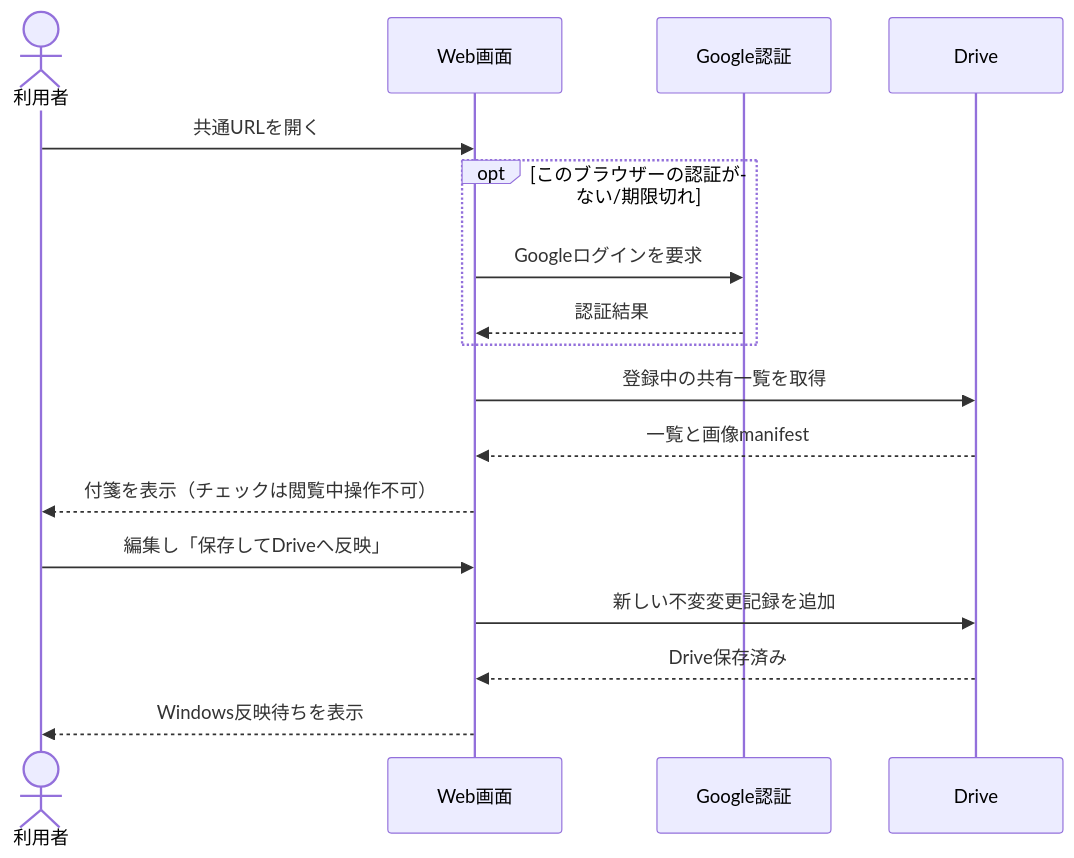
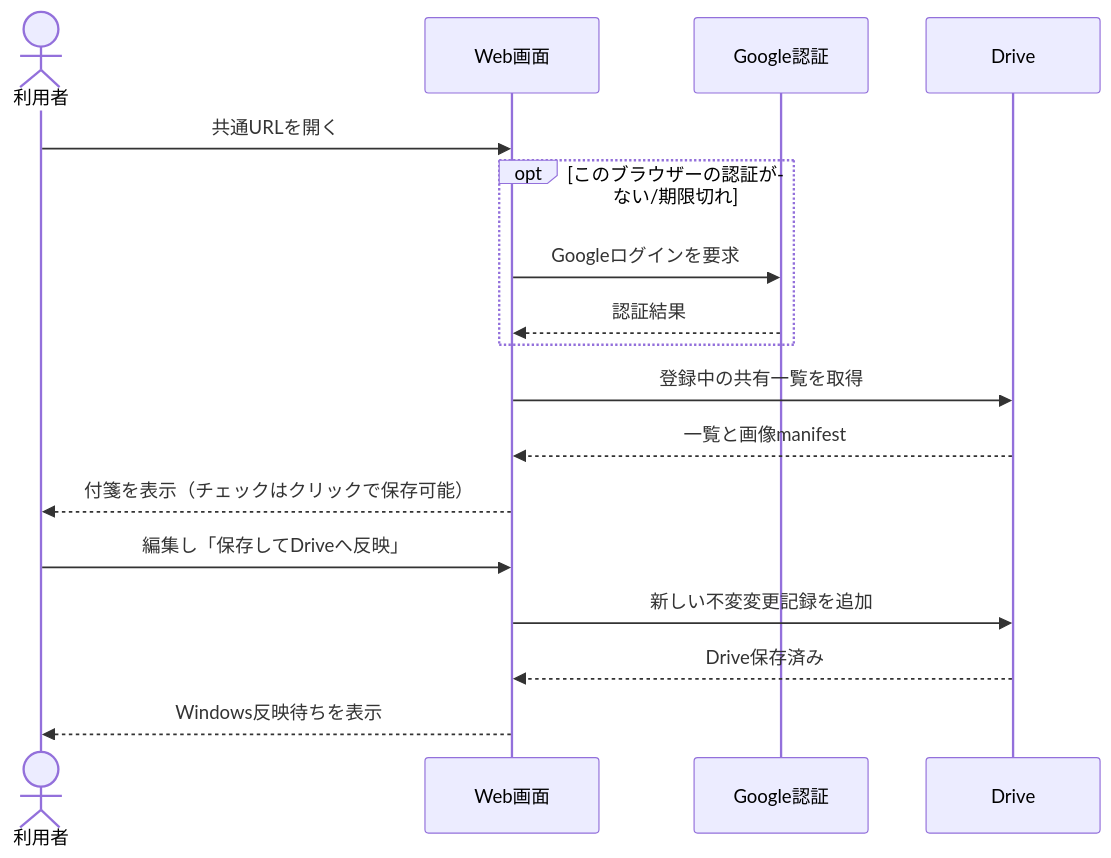
The second of 7 diagrams in docs-v2/018_WEB_SHARE.md (ore-no-fusen/ore-no-fusen), drawn with Mermaid before and after one commit. The commit also changed other lines of this file and 12 other files, not shown here.

````diff
--- a/docs-v2/018_WEB_SHARE.md
+++ b/docs-v2/018_WEB_SHARE.md
@@ -46,19 +46,19 @@
 ```mermaid
 sequenceDiagram
   actor U as 利用者
   participant W as Web画面
   participant G as Google認証
   participant D as Drive
   U->>W: 共通URLを開く
   opt このブラウザーの認証がない/期限切れ
     W->>G: Googleログインを要求
     G-->>W: 認証結果
   end
   W->>D: 登録中の共有一覧を取得
   D-->>W: 一覧と画像manifest
-  W-->>U: 付箋を表示（チェックは閲覧中操作不可）
+  W-->>U: 付箋を表示（チェックはクリックで保存可能）
   U->>W: 編集し「保存してDriveへ反映」
   W->>D: 新しい不変変更記録を追加
   D-->>W: Drive保存済み
   W-->>U: Windows反映待ちを表示
 ```
````
